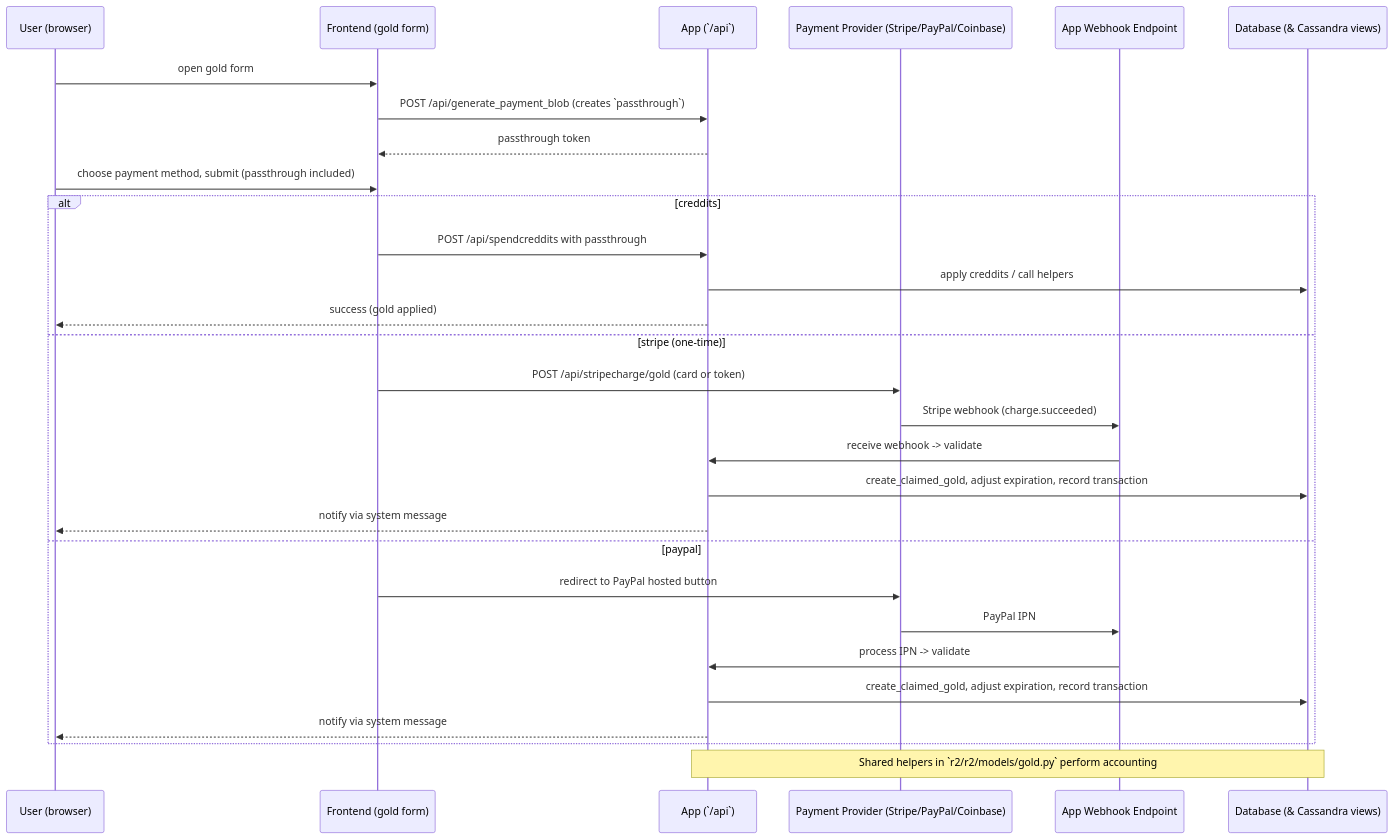
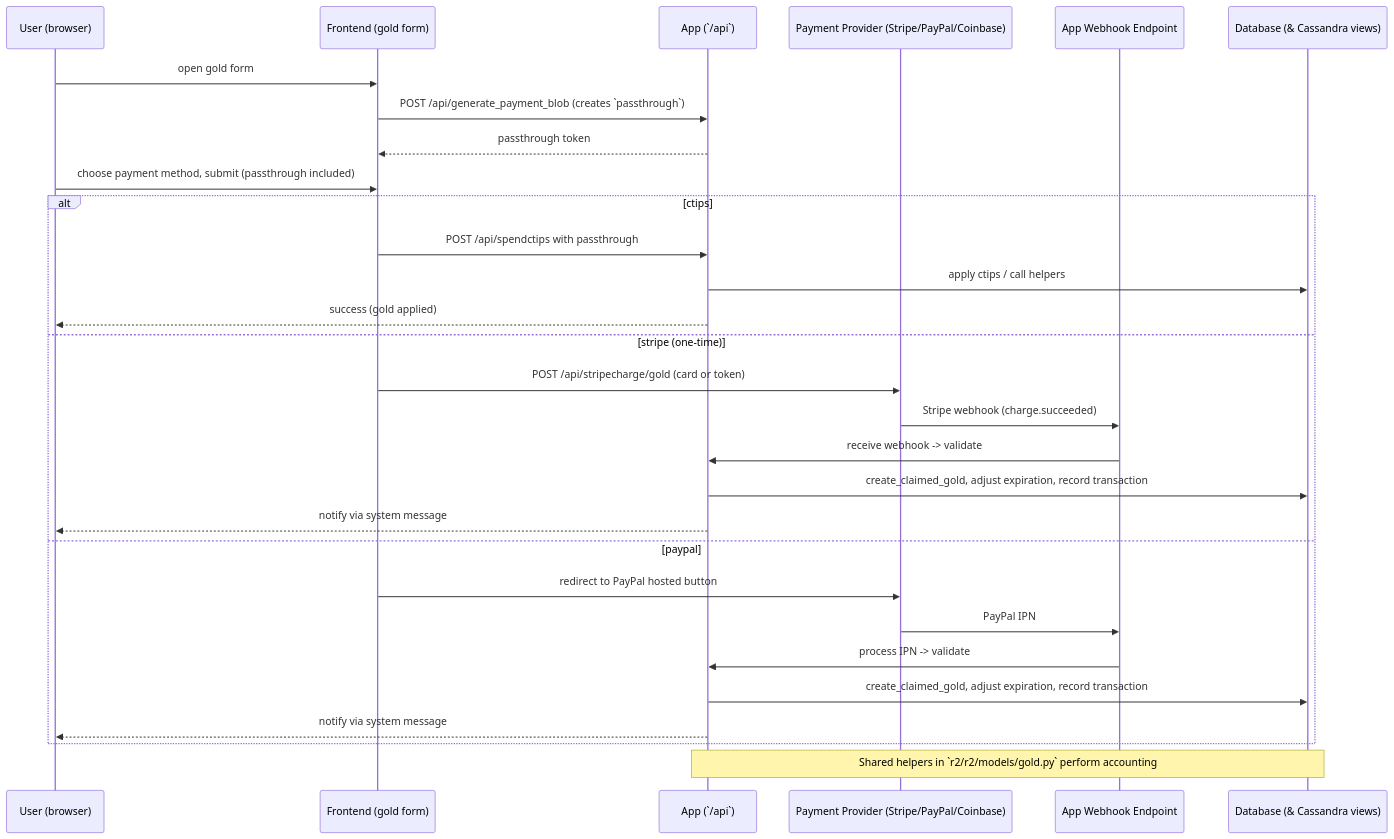
Before and after one commit to TechIdiots-LLC/tippr: the diagram in docs/gold-payments.md, drawn with Mermaid. The commit also changed other lines of this file and 19 other files, not shown here.

First line of the commit message:
Finish the creddits -> ctips rename

````diff
--- a/docs/gold-payments.md
+++ b/docs/gold-payments.md
@@ -26,34 +26,34 @@
 ```mermaid
 sequenceDiagram
   participant U as User (browser)
   participant FE as Frontend (gold form)
   participant API as App (`/api`)
   participant Proc as Payment Provider (Stripe/PayPal/Coinbase)
   participant Webhook as App Webhook Endpoint
   participant DB as Database (& Cassandra views)
 
   U->>FE: open gold form
   FE->>API: POST /api/generate_payment_blob (creates `passthrough`)
   API-->>FE: passthrough token
   U->>FE: choose payment method, submit (passthrough included)
 
-  alt creddits
-    FE->>API: POST /api/spendcreddits with passthrough
-    API->>DB: apply creddits / call helpers
+  alt ctips
+    FE->>API: POST /api/spendctips with passthrough
+    API->>DB: apply ctips / call helpers
     API-->>U: success (gold applied)
   else stripe (one-time)
     FE->>Proc: POST /api/stripecharge/gold (card or token)
     Proc->>Webhook: Stripe webhook (charge.succeeded)
     Webhook->>API: receive webhook -> validate
     API->>DB: create_claimed_gold, adjust expiration, record transaction
     API-->>U: notify via system message
   else paypal
     FE->>Proc: redirect to PayPal hosted button
     Proc->>Webhook: PayPal IPN
     Webhook->>API: process IPN -> validate
     API->>DB: create_claimed_gold, adjust expiration, record transaction
     API-->>U: notify via system message
   end
 
   Note over API,DB: Shared helpers in `r2/r2/models/gold.py` perform accounting
 ```
````
